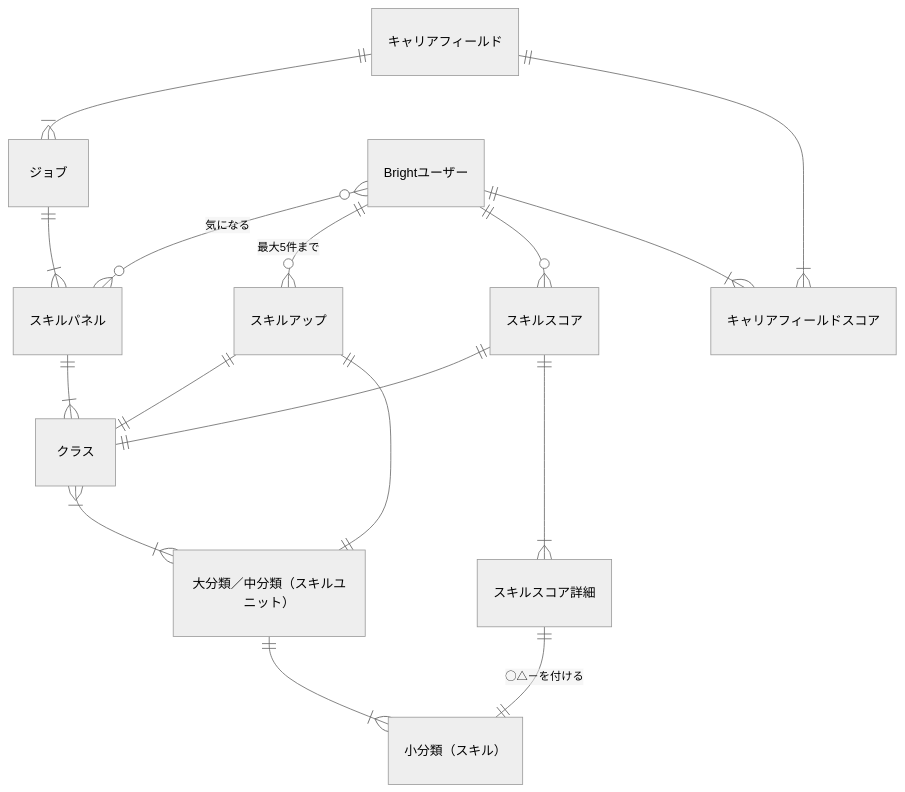
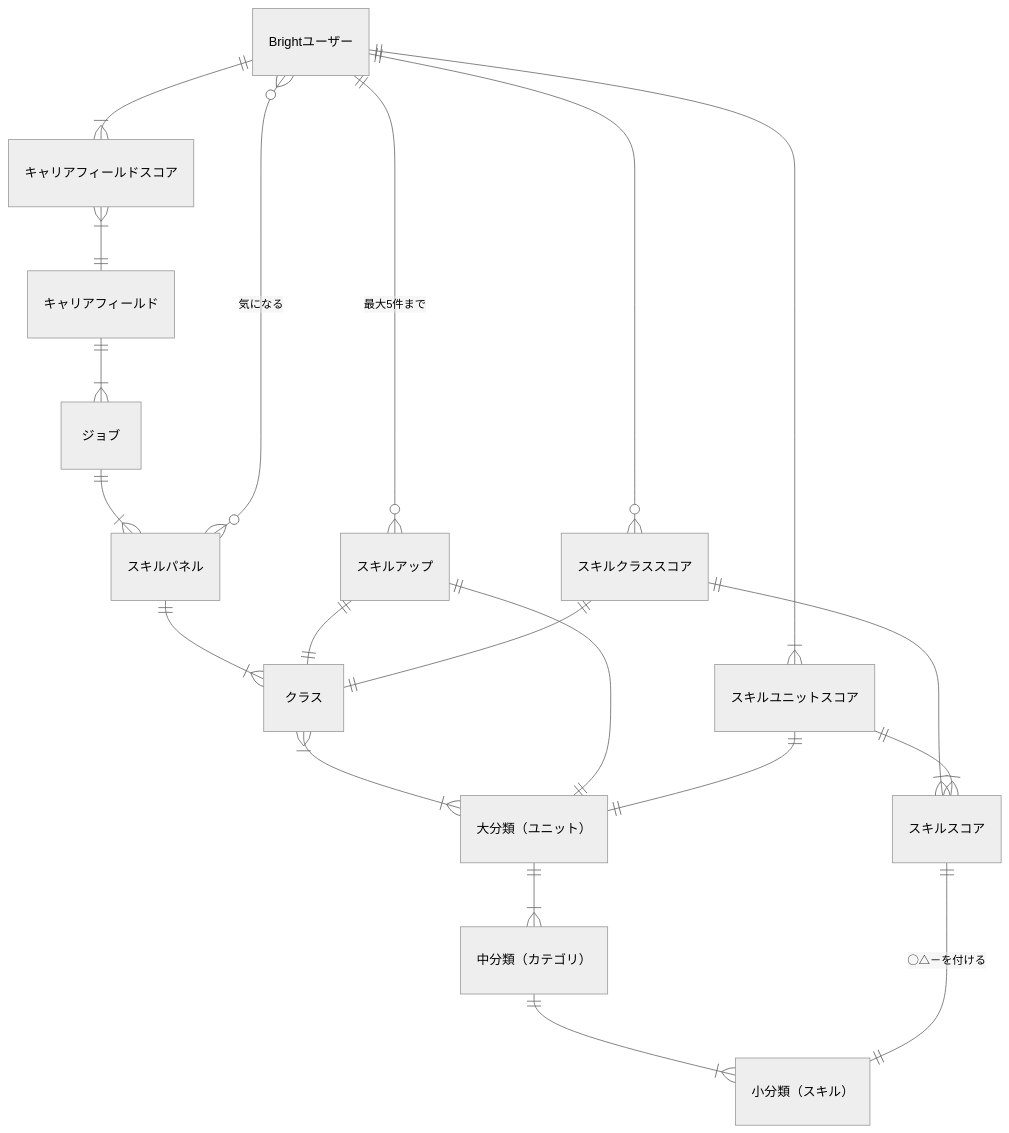
Before and after one commit to bright-org/bright: the first of 2 diagrams in docs/conceptual_schemas/skills.md, drawn with Mermaid (neutral theme). The commit also changed other lines of this file, not shown here.

Commit message:
docs: skill_scoresのskill_class_scoresへのリネームに伴うドキュメント修正

````diff
--- a/docs/conceptual_schemas/skills.md
+++ b/docs/conceptual_schemas/skills.md
@@ -19,18 +19,22 @@
 ```mermaid
 erDiagram
   "キャリアフィールド" ||--|{ "ジョブ" : ""
   "ジョブ" ||--|{ "スキルパネル" : ""
   "スキルパネル" ||--|{ "クラス" : ""
-  "クラス" }|--|{ "大分類／中分類（スキルユニット）" : ""
-  "大分類／中分類（スキルユニット）" ||--|{ "小分類（スキル）" : ""
+  "クラス" }|--|{ "大分類（ユニット）" : ""
+  "大分類（ユニット）" ||--|{ "中分類（カテゴリ）" : ""
+  "中分類（カテゴリ）" ||--|{ "小分類（スキル）" : ""
   "Brightユーザー" }o--o{ "スキルパネル" : "気になる"
   "Brightユーザー" ||--o{ "スキルアップ" : "最大5件まで"
+  "Brightユーザー" ||--o{ "スキルクラススコア" : ""
+  "Brightユーザー" ||--|{ "キャリアフィールドスコア" : ""
+  "Brightユーザー" ||--|{ "スキルユニットスコア" : ""
+  "キャリアフィールドスコア" }|--|| "キャリアフィールド" : ""
   "スキルアップ" ||--|| "クラス" : ""
-  "スキルアップ" ||--|| "大分類／中分類（スキルユニット）" : ""
-  "Brightユーザー" ||--o{ "スキルスコア" : ""
-  "スキルスコア" ||--|| "クラス" : ""
-  "スキルスコア" ||--|{ "スキルスコア詳細" : ""
-  "スキルスコア詳細" ||--||  "小分類（スキル）" : "◯△－を付ける"
-  "キャリアフィールド" ||--|{ "キャリアフィールドスコア" : ""
-  "Brightユーザー" ||--|{ "キャリアフィールドスコア" : ""
+  "スキルアップ" ||--|| "大分類（ユニット）" : ""
+  "スキルクラススコア" ||--|| "クラス" : ""
+  "スキルクラススコア" ||--|{ "スキルスコア" : ""
+  "スキルスコア" ||--||  "小分類（スキル）" : "◯△－を付ける"
+  "スキルユニットスコア" ||--|| "大分類（ユニット）" : ""
+  "スキルユニットスコア" ||--|{ "スキルスコア" : ""
 ```
````
